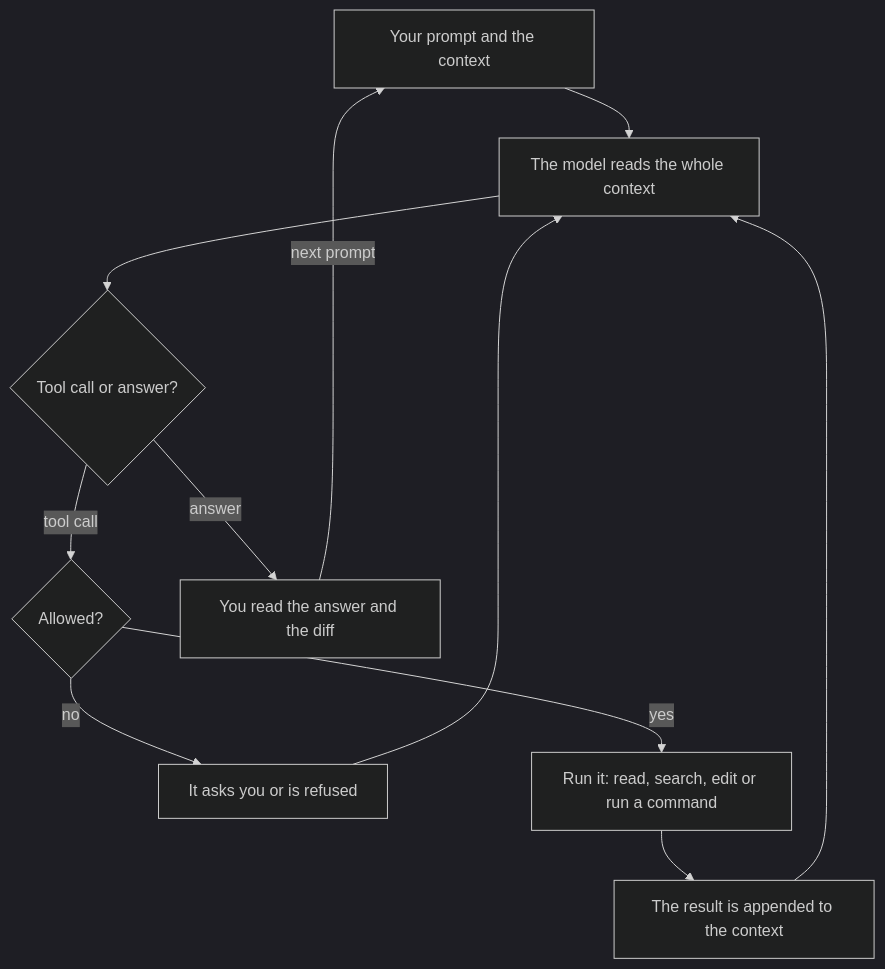
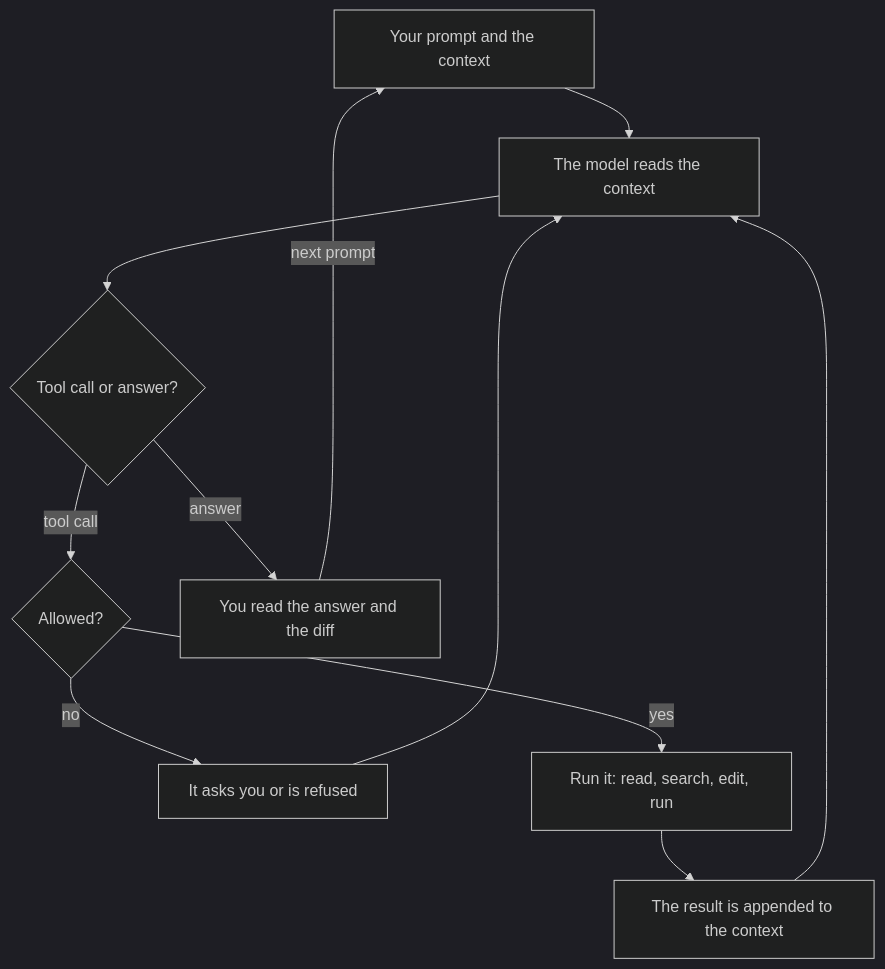
Before and after one commit to Tamoura/system-design-for-vibe-coders: the diagram in ainative/modules/01-agents.md, drawn with Mermaid (dark theme). The commit also changed other lines of this file and 245 other files, not shown here.

````diff
--- a/ainative/modules/01-agents.md
+++ b/ainative/modules/01-agents.md
@@ -47,13 +47,13 @@
 ```mermaid
 flowchart TD
-    G["Your prompt and the context"] --> M["The model reads the whole context"]
+    G["Your prompt and the context"] --> M["The model reads the context"]
     M --> D{"Tool call or answer?"}
     D -->|"tool call"| P{"Allowed?"}
     P -->|"no"| Q["It asks you or is refused"]
     Q --> M
-    P -->|"yes"| T["Run it: read, search, edit or run a command"]
+    P -->|"yes"| T["Run it: read, search, edit, run"]
     T --> R["The result is appended to the context"]
     R --> M
     D -->|"answer"| H["You read the answer and the diff"]
     H -->|"next prompt"| G
 ```
````
